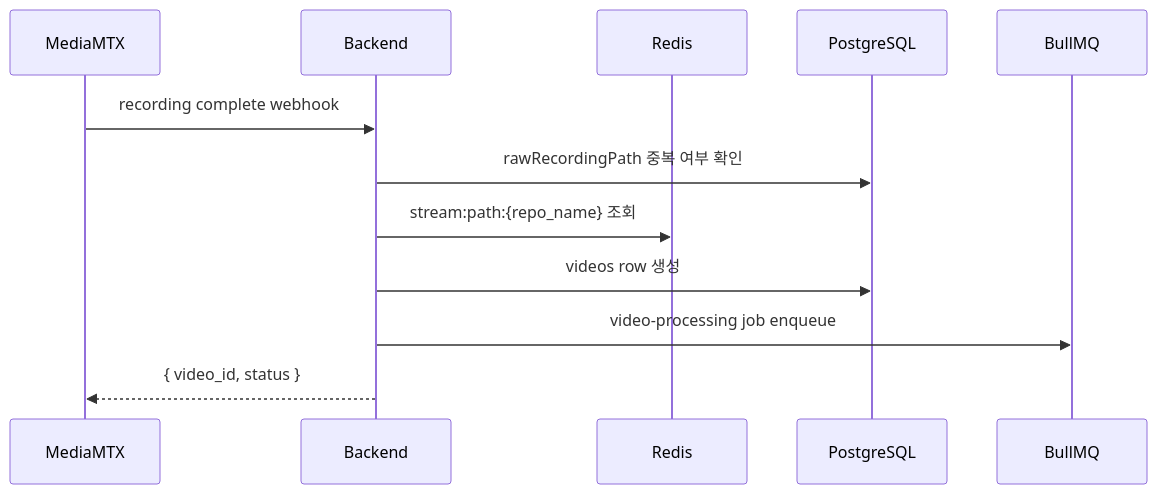
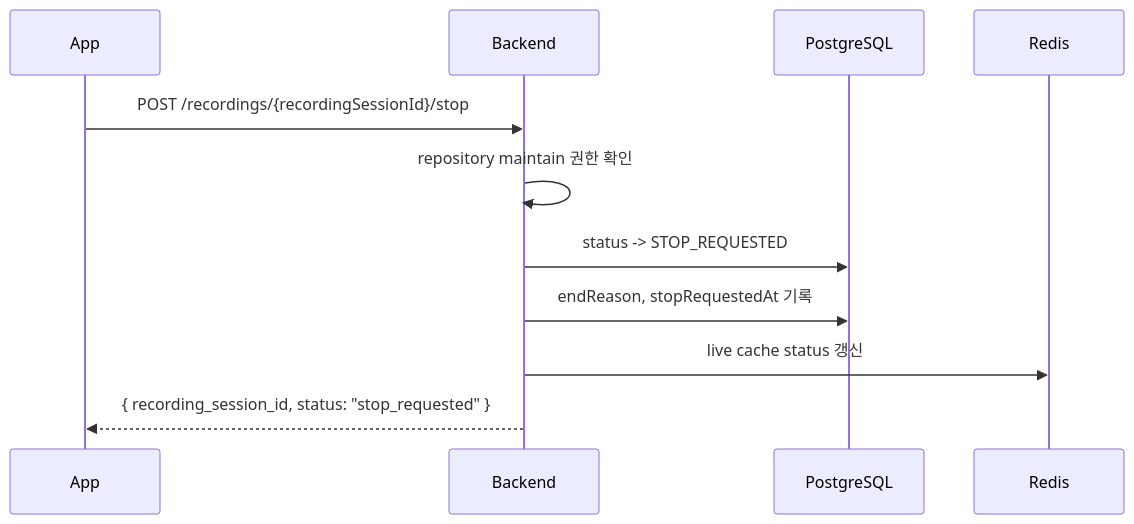
The fourth of 6 diagrams in docs/09. project_streaming.md (ego-flow/ego-flow-server), drawn with Mermaid before and after one commit. The commit also changed other lines of this file and 39 other files, not shown here.

````diff
--- a/docs/09. project_streaming.md
+++ b/docs/09. project_streaming.md
@@ -172,15 +207,14 @@
 ```mermaid
 sequenceDiagram
-    participant MTX as MediaMTX
+    participant App
     participant BE as Backend
+    participant DB as PostgreSQL
     participant Redis
-    participant DB as PostgreSQL
-    participant Queue as BullMQ
 
-    MTX->>BE: recording complete webhook
-    BE->>DB: rawRecordingPath 중복 여부 확인
-    BE->>Redis: stream:path:{repo_name} 조회
-    BE->>DB: videos row 생성
-    BE->>Queue: video-processing job enqueue
-    BE-->>MTX: { video_id, status }
+    App->>BE: POST /recordings/{recordingSessionId}/stop
+    BE->>BE: repository maintain 권한 확인
+    BE->>DB: status -> STOP_REQUESTED
+    BE->>DB: endReason, stopRequestedAt 기록
+    BE->>Redis: live cache status 갱신
+    BE-->>App: { recording_session_id, status: "stop_requested" }
 ```
````
